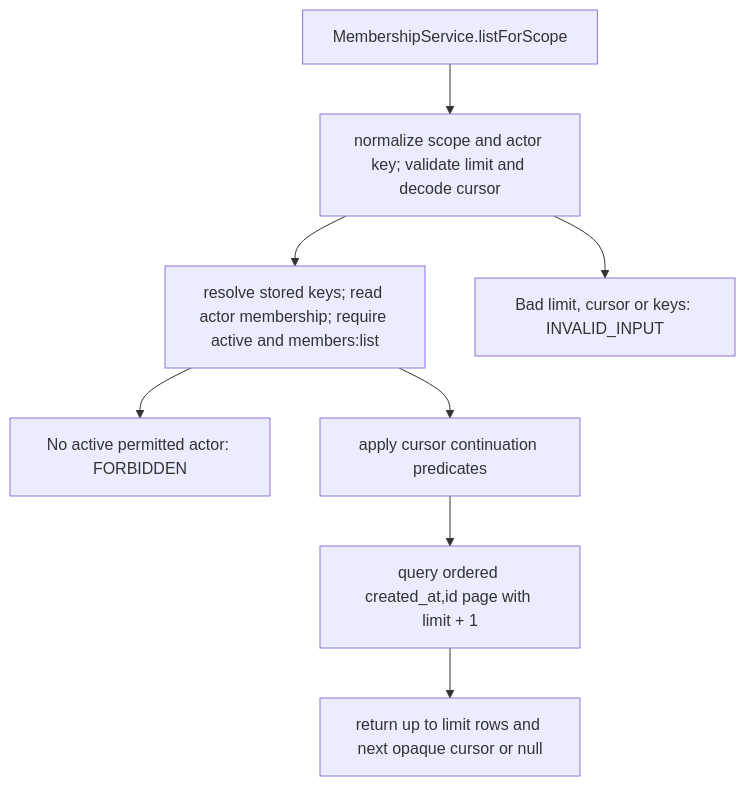
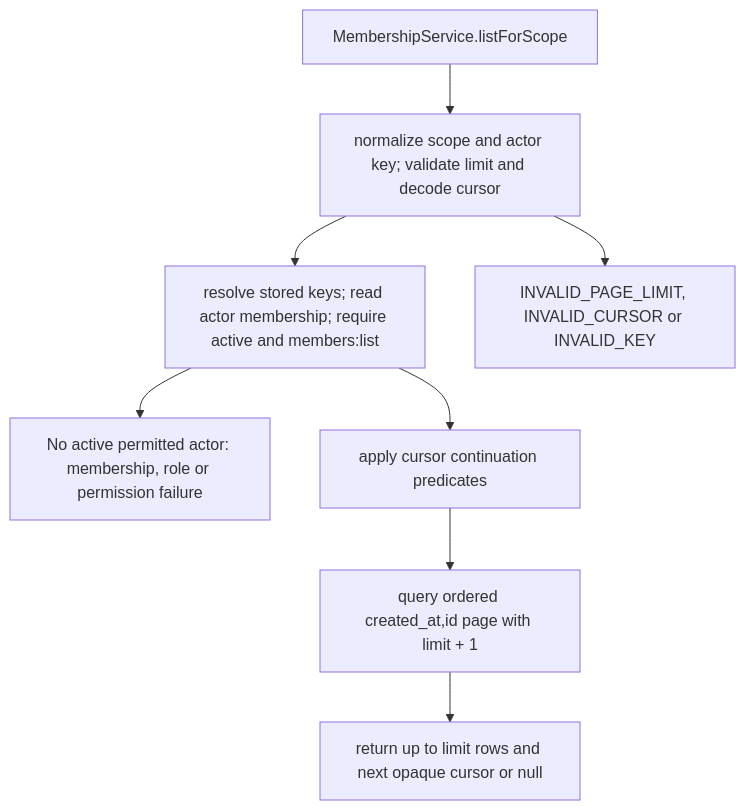
The second of 2 diagrams in user-stories/US-ACCESS-16-list-members.md (Kevinjohn/oss-adonisjs-access-control), drawn with Mermaid before and after one commit. The commit also changed 42 other files, not shown here.

````diff
--- a/user-stories/US-ACCESS-16-list-members.md
+++ b/user-stories/US-ACCESS-16-list-members.md
@@ -34,10 +34,10 @@
 ```mermaid
 flowchart TD
     A["MembershipService.listForScope"] --> B["normalize scope and actor key; validate limit and decode cursor"]
     B --> C["resolve stored keys; read actor membership; require active and members:list"]
-    B --> X["Bad limit, cursor or keys: INVALID_INPUT"]
-    C --> Y["No active permitted actor: FORBIDDEN"]
+    B --> X["INVALID_PAGE_LIMIT, INVALID_CURSOR or INVALID_KEY"]
+    C --> Y["No active permitted actor: membership, role or permission failure"]
     C --> D["apply cursor continuation predicates"]
     D --> E["query ordered created_at,id page with limit + 1"]
     E --> F["return up to limit rows and next opaque cursor or null"]
 ```
````
